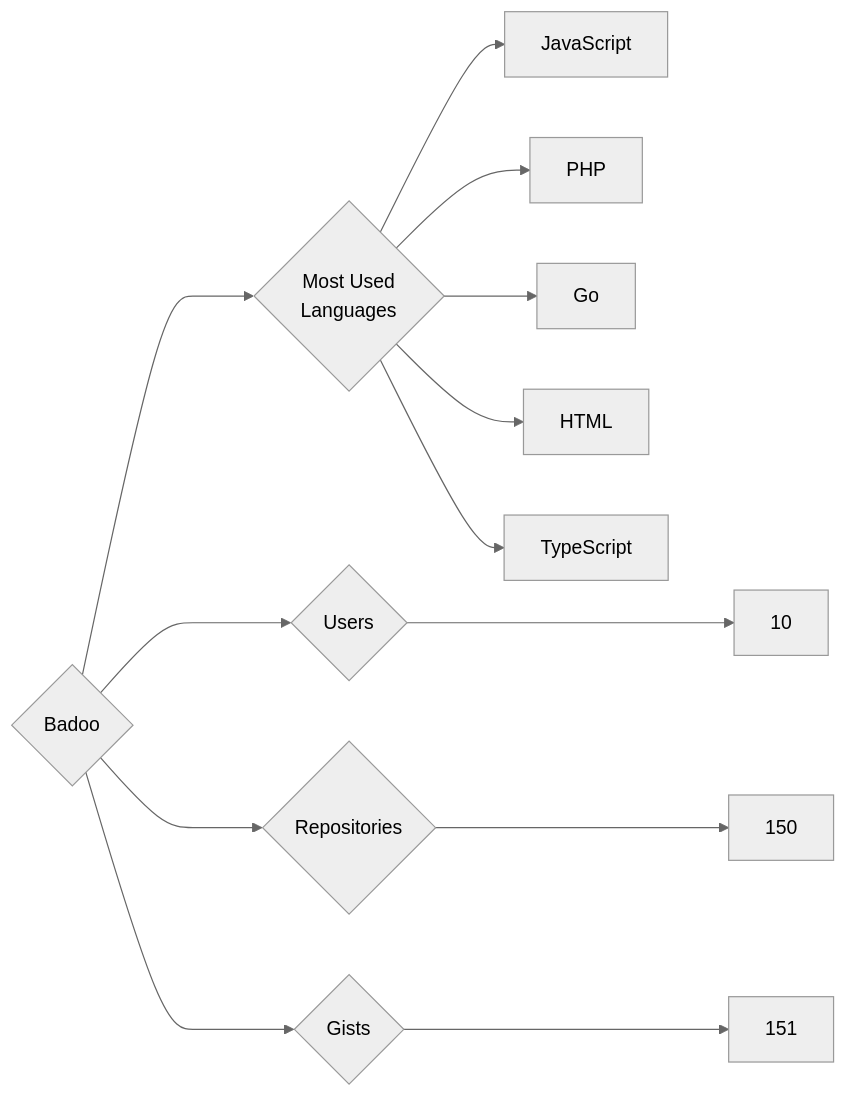
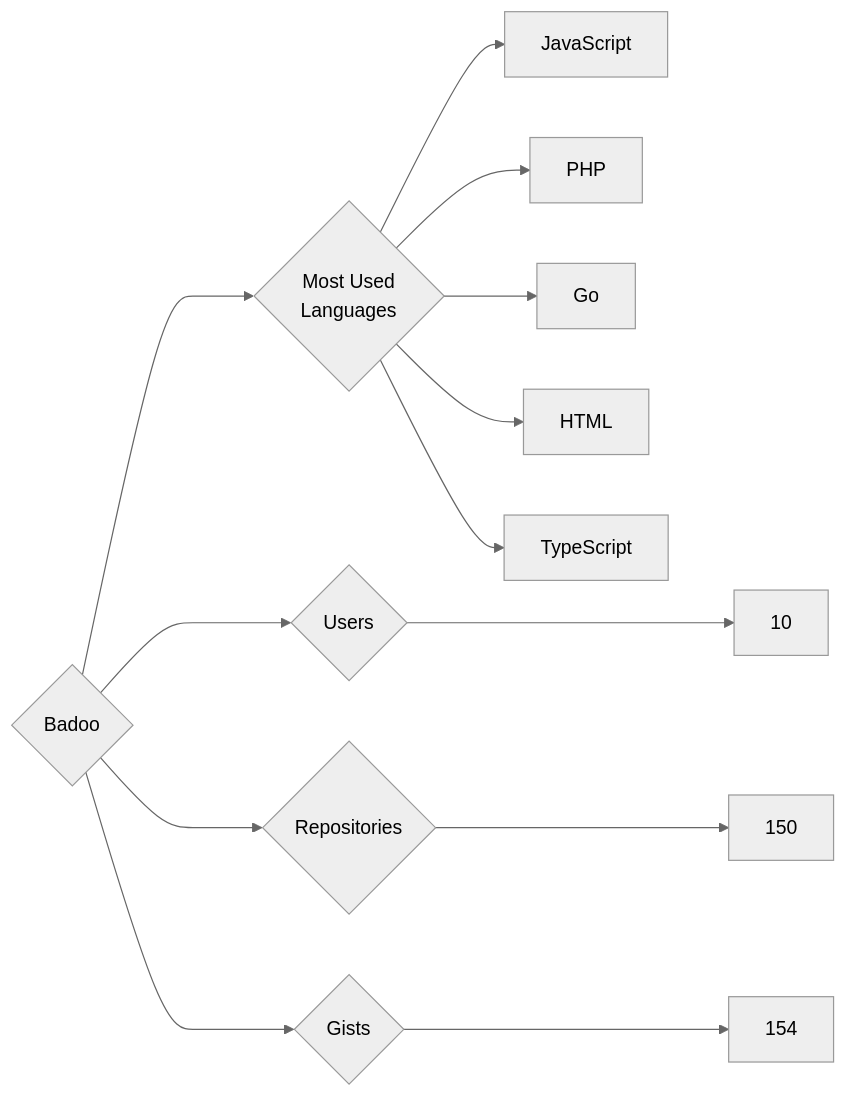
Before and after one commit to trickest/insiders: the diagram in targets/Badoo/README.md, drawn with Mermaid (neutral theme). The commit also changed 745 other files, not shown here.

````diff
--- a/targets/Badoo/README.md
+++ b/targets/Badoo/README.md
@@ -3,13 +3,13 @@
 ```mermaid
 graph LR
 COMPANY_NAME{Badoo}
 COMPANY_NAME ---> U{Users} ---> UN[10]
 COMPANY_NAME ---> R{Repositories} ---> RN[150]
-COMPANY_NAME ---> G{Gists} ---> GN[151]
+COMPANY_NAME ---> G{Gists} ---> GN[154]
 COMPANY_NAME ---> ML{Most Used<br>Languages}
 ML --> JavaScript[JavaScript]
 ML --> PHP[PHP]
 ML --> Go[Go]
 ML --> HTML[HTML]
 ML --> TypeScript[TypeScript]
 ```
````
